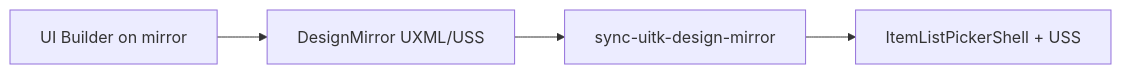
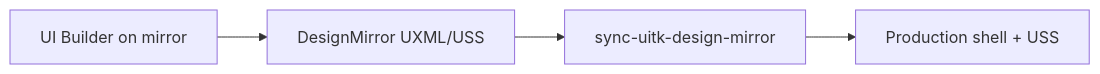
The diagram in docs/04-dev/uitk-design-mirror.md (miramocha/griddungeon-design-docs), drawn with Mermaid before and after one commit. The commit also changed other lines of this file and 3 other files, not shown here.

First line of the commit message:
Document empty design-mirror manifest and reference-only ItemListPicker example.

````diff
--- a/docs/04-dev/uitk-design-mirror.md
+++ b/docs/04-dev/uitk-design-mirror.md
@@ -22,10 +22,10 @@
 ```mermaid
 flowchart LR
   UX[UI Builder on mirror]
   Mirror[DesignMirror UXML/USS]
   Skill[sync-uitk-design-mirror]
-  Prod[ItemListPickerShell + USS]
+  Prod[Production shell + USS]
   UX --> Mirror
   Mirror --> Skill
   Skill --> Prod
 ```
````
